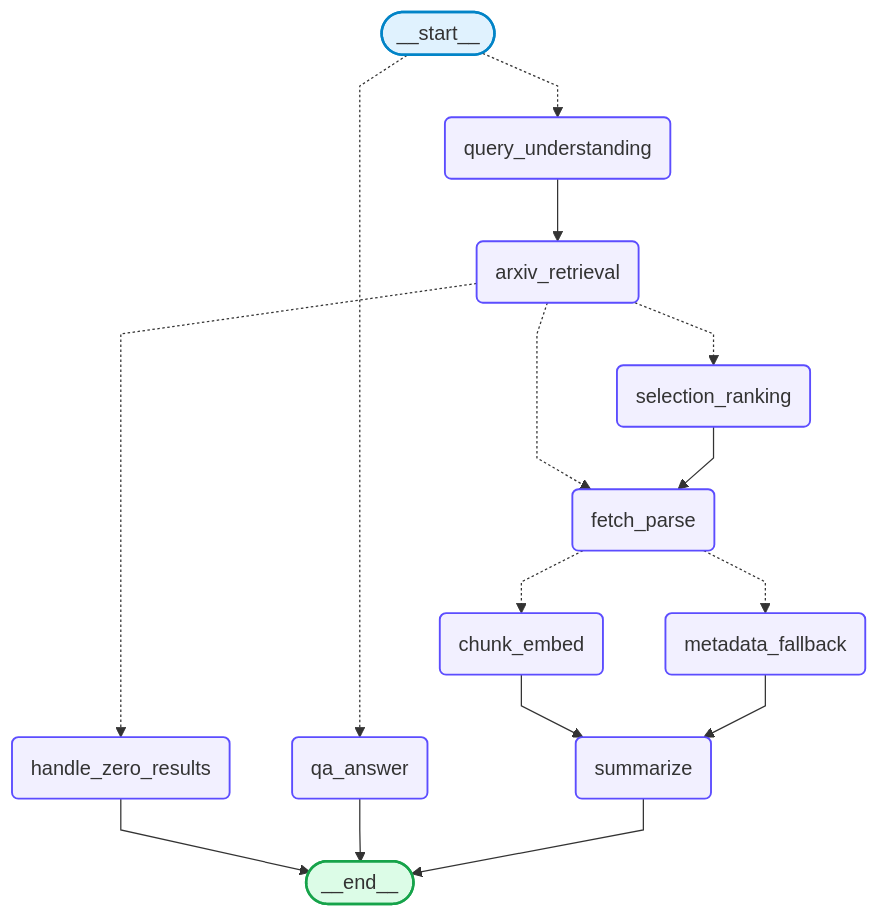
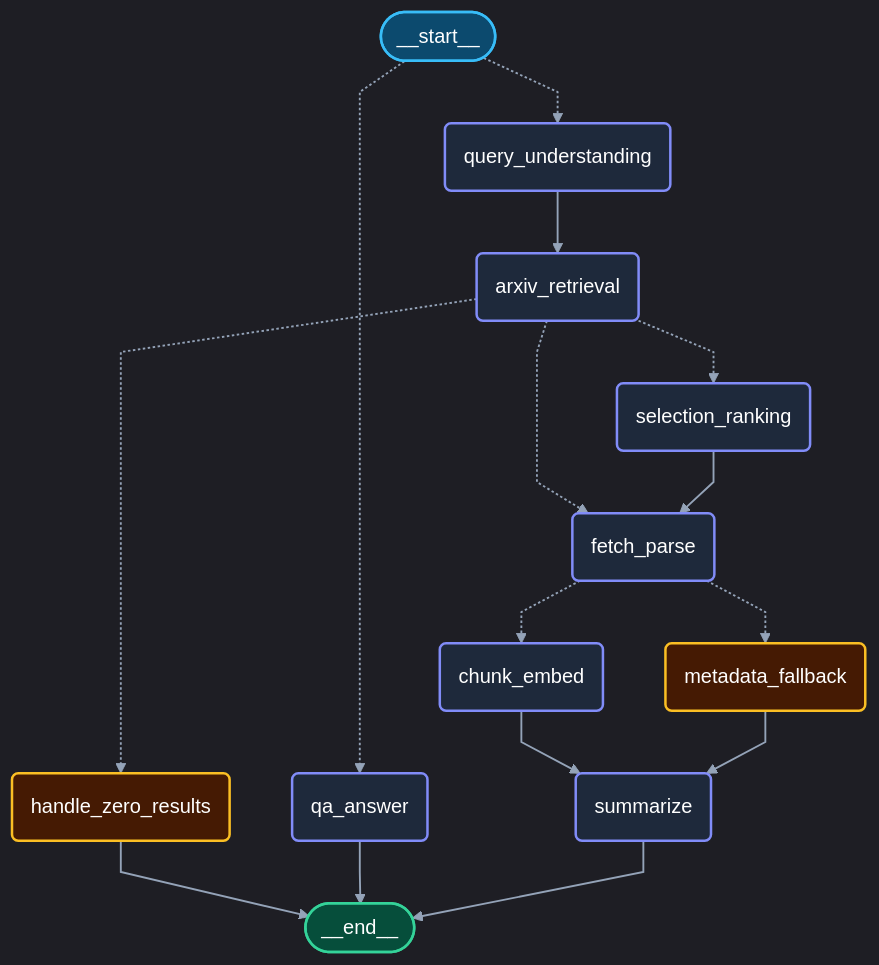
The diagram in README.md (rhythem27/Autonomous-arXiv-Paper-Digest-QA-Agent), drawn with Mermaid before and after one commit.

Commit message:
docs: update README mermaid diagram with dark theme styling

````diff
--- a/README.md
+++ b/README.md
@@ -63,36 +63,40 @@
 ```mermaid
 ---
 config:
+  theme: dark
   flowchart:
     curve: linear
 ---
 graph TD;
-	__start__([<p>__start__</p>]):::first
-	query_understanding(query_understanding)
-	arxiv_retrieval(arxiv_retrieval)
-	selection_ranking(selection_ranking)
-	fetch_parse(fetch_parse)
-	metadata_fallback(metadata_fallback)
-	chunk_embed(chunk_embed)
-	summarize(summarize)
-	qa_answer(qa_answer)
-	handle_zero_results(handle_zero_results)
-	__end__([<p>__end__</p>]):::last
+	__start__(["__start__"]):::first
+	query_understanding("query_understanding")
+	arxiv_retrieval("arxiv_retrieval")
+	selection_ranking("selection_ranking")
+	fetch_parse("fetch_parse")
+	metadata_fallback("metadata_fallback"):::fallback
+	chunk_embed("chunk_embed")
+	summarize("summarize")
+	qa_answer("qa_answer")
+	handle_zero_results("handle_zero_results"):::fallback
+	__end__(["__end__"]):::last
 	__start__ -.-> qa_answer;
 	__start__ -.-> query_understanding;
 	arxiv_retrieval -.-> fetch_parse;
 	arxiv_retrieval -.-> handle_zero_results;
 	arxiv_retrieval -.-> selection_ranking;
 	chunk_embed --> summarize;
 	fetch_parse -.-> chunk_embed;
 	fetch_parse -.-> metadata_fallback;
 	metadata_fallback --> summarize;
 	query_understanding --> arxiv_retrieval;
 	selection_ranking --> fetch_parse;
 	handle_zero_results --> __end__;
 	qa_answer --> __end__;
 	summarize --> __end__;
-	classDef default fill:#f2f0ff,stroke:#5c4dff,stroke-width:1.5px,line-height:1.2
-	classDef first fill:#e0f2fe,stroke:#0284c7,stroke-width:2px
-	classDef last fill:#dcfce7,stroke:#16a34a,stroke-width:2px
+
+	classDef default fill:#1e293b,stroke:#818cf8,stroke-width:2px,color:#ffffff;
+	classDef first fill:#0c4a6e,stroke:#38bdf8,stroke-width:2px,color:#ffffff;
+	classDef last fill:#064e3b,stroke:#34d399,stroke-width:2px,color:#ffffff;
+	classDef fallback fill:#451a03,stroke:#fbbf24,stroke-width:2px,color:#ffffff;
+	linkStyle default stroke:#94a3b8,stroke-width:1.5px;
 ```
````
